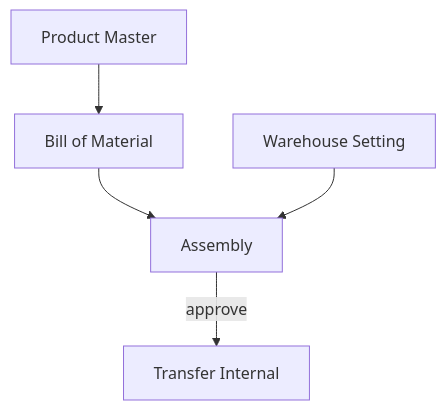
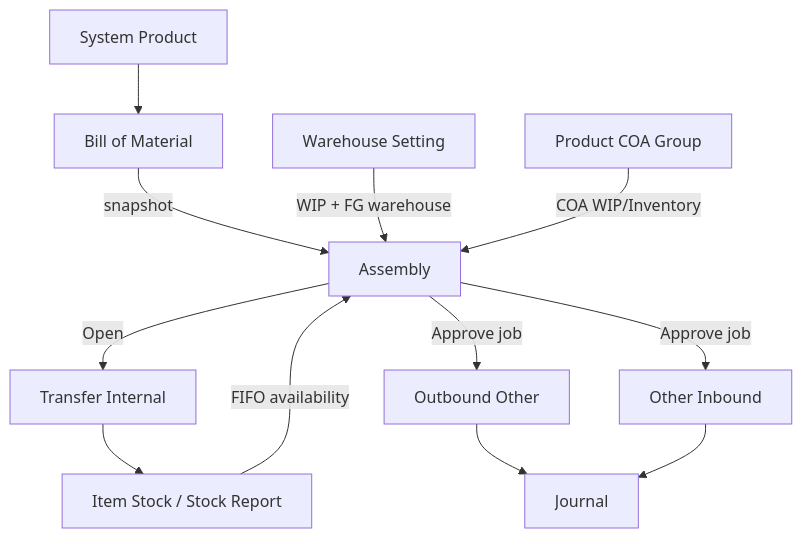
The second of 2 diagrams in qa-docs/supplychain-assembly/requirement.md (yendyr/olshoperp-docs), drawn with Mermaid before and after one commit. The commit also changed other lines of this file and 84 other files, not shown here.

````diff
--- a/qa-docs/supplychain-assembly/requirement.md
+++ b/qa-docs/supplychain-assembly/requirement.md
@@ -125,13 +496,25 @@
 ```mermaid
 flowchart TB
     BOM["Bill of Material"]
-    WH["Warehouse Setting"]
+    WH_SET["Warehouse Setting"]
+    SP["System Product"]
+    PCG["Product COA Group"]
     ASM["Assembly"]
     TFI["Transfer Internal"]
-    PRD["Product Master"]
+    OUT["Outbound Other"]
+    INB["Other Inbound"]
+    JR["Journal"]
+    ISR["Item Stock / Stock Report"]
 
-    BOM --> ASM
-    WH --> ASM
-    PRD --> BOM
-    ASM -->|"approve"| TFI
+    SP --> BOM
+    BOM -->|"snapshot"| ASM
+    WH_SET -->|"WIP + FG warehouse"| ASM
+    PCG -->|"COA WIP/Inventory"| ASM
+    ASM -->|"Open"| TFI
+    ASM -->|"Approve job"| OUT
+    ASM -->|"Approve job"| INB
+    OUT --> JR
+    INB --> JR
+    ISR -->|"FIFO availability"| ASM
+    TFI --> ISR
 ```
````
